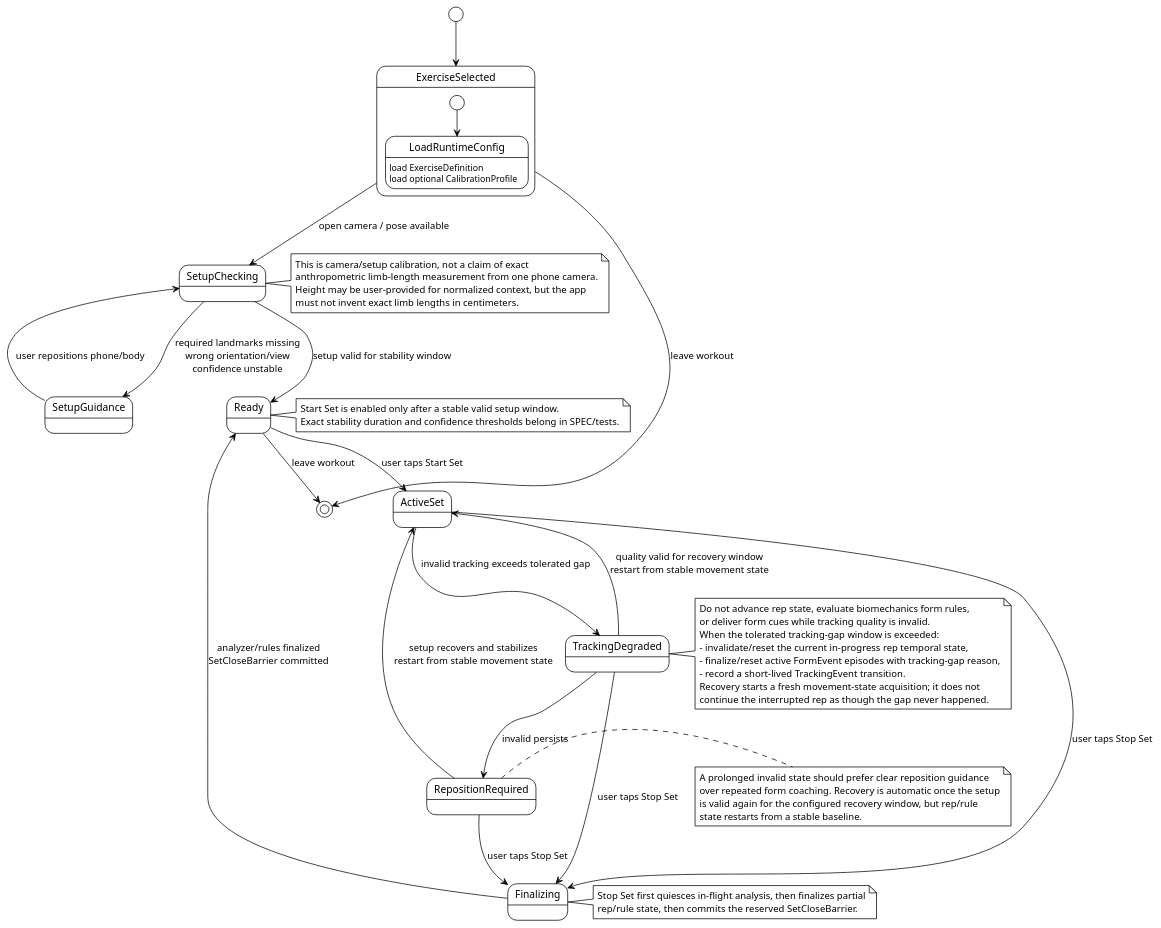
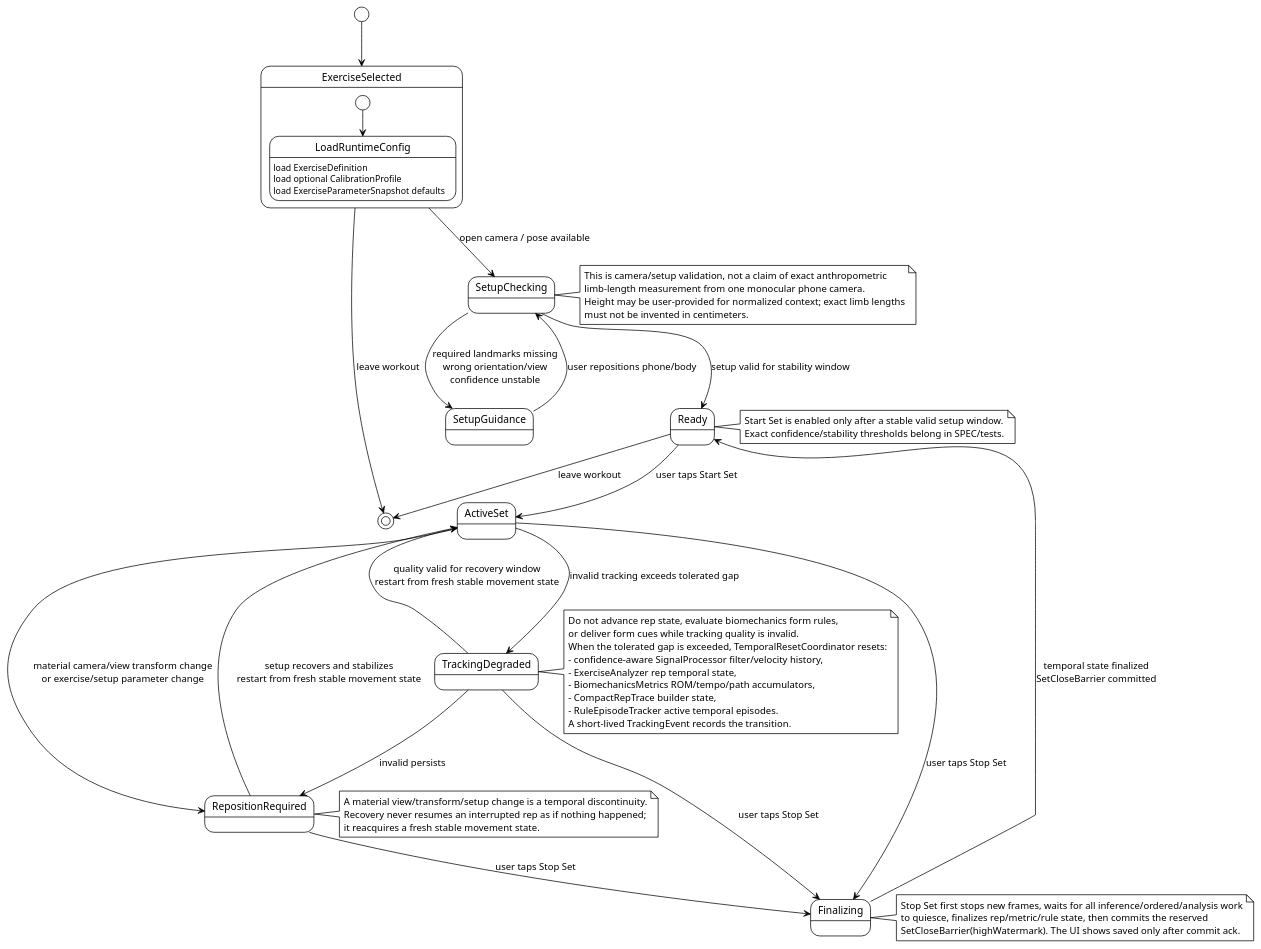
One commit to lazerta/gym-buddy changed the diagram in docs/uml/08-camera-setup-state.puml. Above: the diagram before and after it, drawn with PlantUML.

Commit message:
Finalize v0.8 camera setup state machine

```diff
--- a/docs/uml/08-camera-setup-state.puml
+++ b/docs/uml/08-camera-setup-state.puml
@@ -1,67 +1,71 @@
 @startuml
 !theme plain
 skinparam shadowing false
 
 [*] --> ExerciseSelected
 
 state ExerciseSelected {
   [*] --> LoadRuntimeConfig
   LoadRuntimeConfig : load ExerciseDefinition
   LoadRuntimeConfig : load optional CalibrationProfile
+  LoadRuntimeConfig : load ExerciseParameterSnapshot defaults
 }
 
 ExerciseSelected --> SetupChecking : open camera / pose available
 SetupChecking --> SetupGuidance : required landmarks missing\nwrong orientation/view\nconfidence unstable
 SetupGuidance --> SetupChecking : user repositions phone/body
 SetupChecking --> Ready : setup valid for stability window
 
 Ready --> ActiveSet : user taps Start Set
 ActiveSet --> TrackingDegraded : invalid tracking exceeds tolerated gap
-TrackingDegraded --> ActiveSet : quality valid for recovery window\nrestart from stable movement state
+TrackingDegraded --> ActiveSet : quality valid for recovery window\nrestart from fresh stable movement state
 TrackingDegraded --> RepositionRequired : invalid persists
-RepositionRequired --> ActiveSet : setup recovers and stabilizes\nrestart from stable movement state
+RepositionRequired --> ActiveSet : setup recovers and stabilizes\nrestart from fresh stable movement state
+
+ActiveSet --> RepositionRequired : material camera/view transform change\nor exercise/setup parameter change
 
 ActiveSet --> Finalizing : user taps Stop Set
 TrackingDegraded --> Finalizing : user taps Stop Set
 RepositionRequired --> Finalizing : user taps Stop Set
-Finalizing --> Ready : analyzer/rules finalized\nSetCloseBarrier committed
+Finalizing --> Ready : temporal state finalized\nSetCloseBarrier committed
 
 ExerciseSelected --> [*] : leave workout
 Ready --> [*] : leave workout
 
 note right of SetupChecking
-This is camera/setup calibration, not a claim of exact
-anthropometric limb-length measurement from one phone camera.
-Height may be user-provided for normalized context, but the app
-must not invent exact limb lengths in centimeters.
+This is camera/setup validation, not a claim of exact anthropometric
+limb-length measurement from one monocular phone camera.
+Height may be user-provided for normalized context; exact limb lengths
+must not be invented in centimeters.
 end note
 
 note right of Ready
 Start Set is enabled only after a stable valid setup window.
-Exact stability duration and confidence thresholds belong in SPEC/tests.
+Exact confidence/stability thresholds belong in SPEC/tests.
 end note
 
 note right of TrackingDegraded
 Do not advance rep state, evaluate biomechanics form rules,
 or deliver form cues while tracking quality is invalid.
-When the tolerated tracking-gap window is exceeded:
-- invalidate/reset the current in-progress rep temporal state,
-- finalize/reset active FormEvent episodes with tracking-gap reason,
-- record a short-lived TrackingEvent transition.
-Recovery starts a fresh movement-state acquisition; it does not
-continue the interrupted rep as though the gap never happened.
+When the tolerated gap is exceeded, TemporalResetCoordinator resets:
+- confidence-aware SignalProcessor filter/velocity history,
+- ExerciseAnalyzer rep temporal state,
+- BiomechanicsMetrics ROM/tempo/path accumulators,
+- CompactRepTrace builder state,
+- RuleEpisodeTracker active temporal episodes.
+A short-lived TrackingEvent records the transition.
 end note
 
 note right of RepositionRequired
-A prolonged invalid state should prefer clear reposition guidance
-over repeated form coaching. Recovery is automatic once the setup
-is valid again for the configured recovery window, but rep/rule
-state restarts from a stable baseline.
+A material view/transform/setup change is a temporal discontinuity.
+Recovery never resumes an interrupted rep as if nothing happened;
+it reacquires a fresh stable movement state.
 end note
 
 note right of Finalizing
-Stop Set first quiesces in-flight analysis, then finalizes partial
-rep/rule state, then commits the reserved SetCloseBarrier.
+Stop Set first stops new frames, waits for all inference/ordered/analysis work
+to quiesce, finalizes rep/metric/rule state, then commits the reserved
+SetCloseBarrier(highWatermark). The UI shows saved only after commit ack.
 end note
 
 @enduml
```
